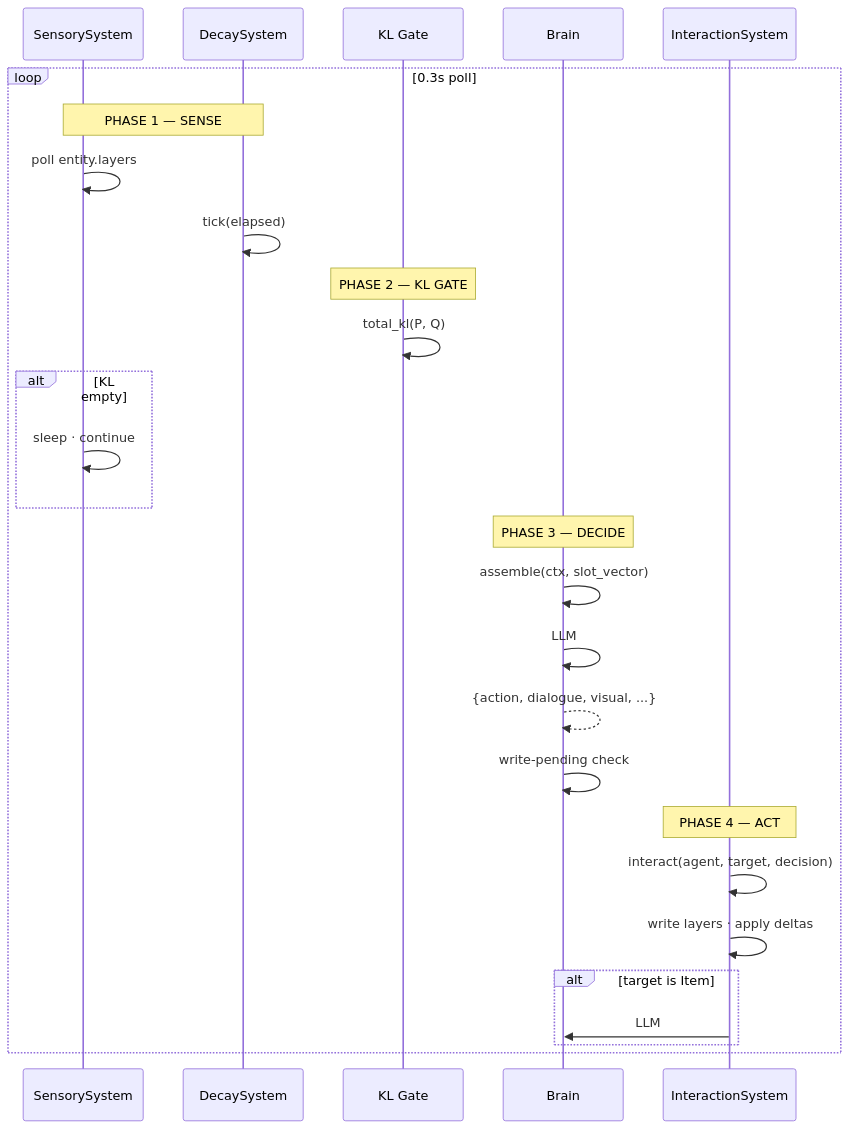
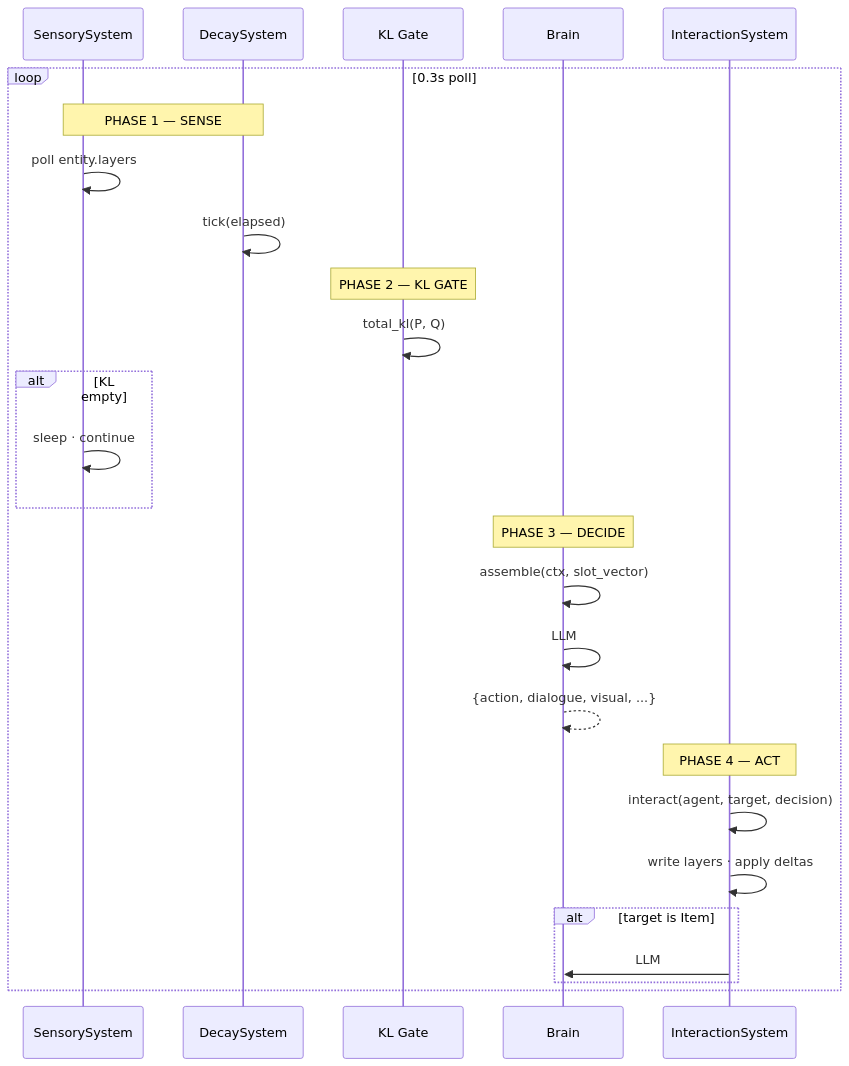
The second of 6 diagrams in README.md (flaverse/AgentWorld_Async_UI), drawn with Mermaid before and after one commit. The commit also changed other lines of this file, not shown here.

````diff
--- a/README.md
+++ b/README.md
@@ -75,33 +128,32 @@
 ```mermaid
 sequenceDiagram
     participant S as SensorySystem
     participant D as DecaySystem
     participant K as KL Gate
     participant B as Brain
     participant I as InteractionSystem
 
     loop 0.3s poll
         Note over S,D: PHASE 1 — SENSE
         S->>S: poll entity.layers
         D->>D: tick(elapsed)
 
         Note over K: PHASE 2 — KL GATE
         K->>K: total_kl(P, Q)
         alt KL empty
             S->>S: sleep · continue
         end
 
         Note over B: PHASE 3 — DECIDE
         B->>B: assemble(ctx, slot_vector)
         B->>B: LLM #1
         B-->>B: {action, dialogue, visual, ...}
-        B->>B: write-pending check
 
         Note over I: PHASE 4 — ACT
         I->>I: interact(agent, target, decision)
         I->>I: write layers · apply deltas
         alt target is Item
             I->>B: LLM #2 (narrative)
         end
     end
 ```
````
